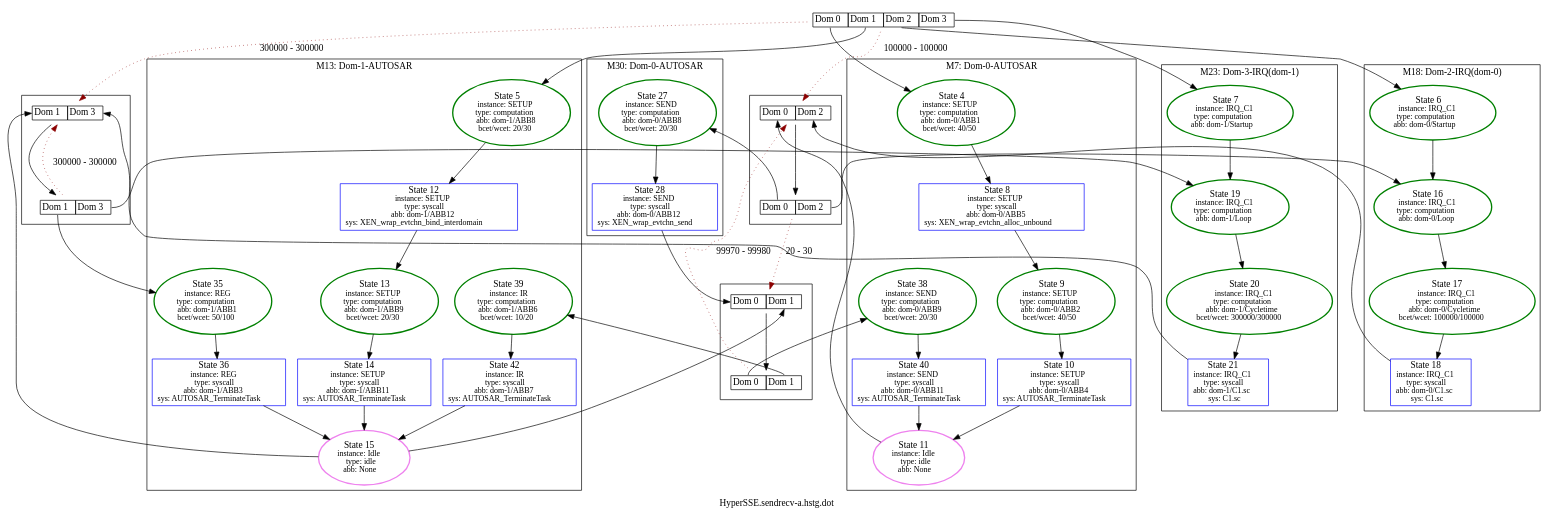
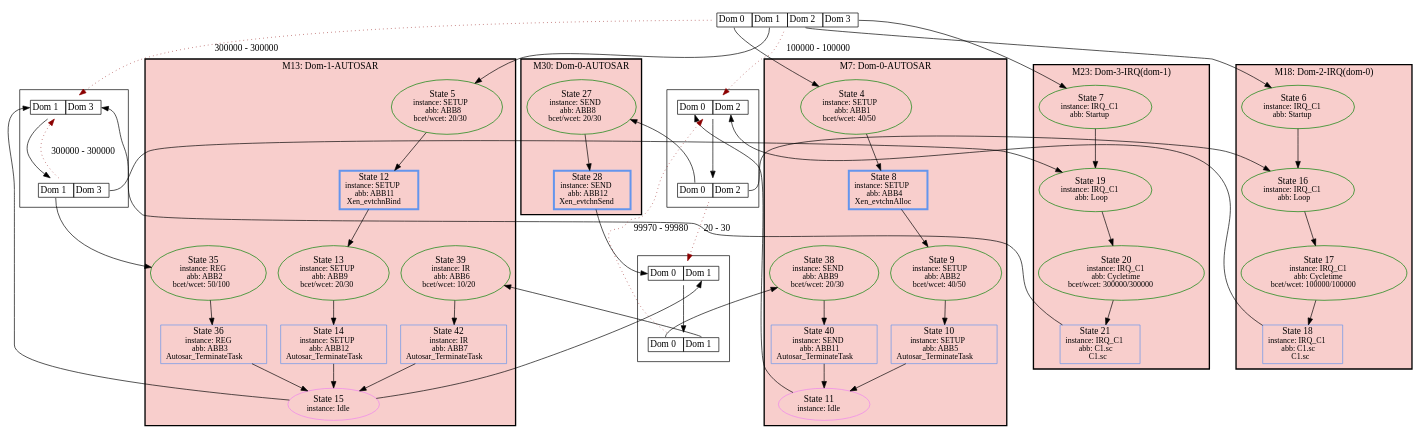
One commit to luhsra/ara changed the diagram in appl/Xen/sendrecv-a/HyperSSE.sendrecv-a.hstg.dot. Above: the diagram before and after it, drawn with Graphviz. The commit also changed 69 other files, not shown here.

Commit message:
Testsuite: migrate comparison graphs to new pydot version + different printer syntax (bold rect for hypercalls)

```diff
--- a/appl/Xen/sendrecv-a/HyperSSE.sendrecv-a.hstg.dot
+++ b/appl/Xen/sendrecv-a/HyperSSE.sendrecv-a.hstg.dot
@@ -1,113 +1,115 @@
 digraph G {
-label="HyperSSE.sendrecv-a.hstg.dot";
+label="";
 1 [label=<<TABLE BORDER="0" CELLBORDER="1" CELLSPACING="0"><TR><TD PORT="c0">Dom 0</TD><TD PORT="c1">Dom 1</TD><TD PORT="c2">Dom 2</TD><TD PORT="c3">Dom 3</TD></TR></TABLE>>, shape=plaintext, tooltip=1];
 subgraph cluster_7 {
 label="M7: Dom-0-AUTOSAR";
-2 [color=green, fontsize=14, label=<State 4<br/><font point-size='12'>instance: SETUP<br/>type: computation<br/>abb: dom-0/ABB1<br/>bcet/wcet: 40/50</font>>, style=bold, tooltip=2];
-3 [color=blue, fontsize=14, label=<State 8<br/><font point-size='12'>instance: SETUP<br/>type: syscall<br/>abb: dom-0/ABB5<br/>sys: XEN_wrap_evtchn_alloc_unbound</font>>, shape=box, tooltip=3];
-4 [color=green, fontsize=14, label=<State 9<br/><font point-size='12'>instance: SETUP<br/>type: computation<br/>abb: dom-0/ABB2<br/>bcet/wcet: 40/50</font>>, style=bold, tooltip=4];
-5 [color=blue, fontsize=14, label=<State 10<br/><font point-size='12'>instance: SETUP<br/>type: syscall<br/>abb: dom-0/ABB4<br/>sys: AUTOSAR_TerminateTask</font>>, shape=box, tooltip=5];
-6 [color=violet, fontsize=14, label=<State 11<br/><font point-size='12'>instance: Idle<br/>type: idle<br/>abb: None</font>>, style=bold, tooltip=6];
-35 [color=green, fontsize=14, label=<State 38<br/><font point-size='12'>instance: SEND<br/>type: computation<br/>abb: dom-0/ABB9<br/>bcet/wcet: 20/30</font>>, style=bold, tooltip=35];
-36 [color=blue, fontsize=14, label=<State 40<br/><font point-size='12'>instance: SEND<br/>type: syscall<br/>abb: dom-0/ABB11<br/>sys: AUTOSAR_TerminateTask</font>>, shape=box, tooltip=36];
+bgcolor="#F8CECC";
+style=bold;
+2 [fontsize=14, label=<State 4<br/><font point-size='12'>instance: SETUP<br/>abb: ABB1<br/>bcet/wcet: 40/50</font>>, tooltip=2, style=solid, color=green];
+3 [fontsize=14, label=<State 8<br/><font point-size='12'>instance: SETUP<br/>abb: ABB4<br/>Xen_evtchnAlloc</font>>, tooltip=3, color=cornflowerblue, shape=box, penwidth=3];
+4 [fontsize=14, label=<State 9<br/><font point-size='12'>instance: SETUP<br/>abb: ABB2<br/>bcet/wcet: 40/50</font>>, tooltip=4, style=solid, color=green];
+5 [fontsize=14, label=<State 10<br/><font point-size='12'>instance: SETUP<br/>abb: ABB5<br/>Autosar_TerminateTask</font>>, tooltip=5, color=cornflowerblue, shape=box];
+6 [fontsize=14, label=<State 11<br/><font point-size='12'>instance: Idle</font>>, tooltip=6, style=solid, color=violet];
+35 [fontsize=14, label=<State 38<br/><font point-size='12'>instance: SEND<br/>abb: ABB9<br/>bcet/wcet: 20/30</font>>, tooltip=35, style=solid, color=green];
+36 [fontsize=14, label=<State 40<br/><font point-size='12'>instance: SEND<br/>abb: ABB11<br/>Autosar_TerminateTask</font>>, tooltip=36, color=cornflowerblue, shape=box];
 }
-
 subgraph cluster_13 {
 label="M13: Dom-1-AUTOSAR";
-8 [color=green, fontsize=14, label=<State 5<br/><font point-size='12'>instance: SETUP<br/>type: computation<br/>abb: dom-1/ABB8<br/>bcet/wcet: 20/30</font>>, style=bold, tooltip=8];
-9 [color=blue, fontsize=14, label=<State 12<br/><font point-size='12'>instance: SETUP<br/>type: syscall<br/>abb: dom-1/ABB12<br/>sys: XEN_wrap_evtchn_bind_interdomain</font>>, shape=box, tooltip=9];
-10 [color=green, fontsize=14, label=<State 13<br/><font point-size='12'>instance: SETUP<br/>type: computation<br/>abb: dom-1/ABB9<br/>bcet/wcet: 20/30</font>>, style=bold, tooltip=10];
-11 [color=blue, fontsize=14, label=<State 14<br/><font point-size='12'>instance: SETUP<br/>type: syscall<br/>abb: dom-1/ABB11<br/>sys: AUTOSAR_TerminateTask</font>>, shape=box, tooltip=11];
-12 [color=violet, fontsize=14, label=<State 15<br/><font point-size='12'>instance: Idle<br/>type: idle<br/>abb: None</font>>, style=bold, tooltip=12];
-33 [color=green, fontsize=14, label=<State 35<br/><font point-size='12'>instance: REG<br/>type: computation<br/>abb: dom-1/ABB1<br/>bcet/wcet: 50/100</font>>, style=bold, tooltip=33];
-34 [color=blue, fontsize=14, label=<State 36<br/><font point-size='12'>instance: REG<br/>type: syscall<br/>abb: dom-1/ABB3<br/>sys: AUTOSAR_TerminateTask</font>>, shape=box, tooltip=34];
-37 [color=green, fontsize=14, label=<State 39<br/><font point-size='12'>instance: IR<br/>type: computation<br/>abb: dom-1/ABB6<br/>bcet/wcet: 10/20</font>>, style=bold, tooltip=37];
-38 [color=blue, fontsize=14, label=<State 42<br/><font point-size='12'>instance: IR<br/>type: syscall<br/>abb: dom-1/ABB7<br/>sys: AUTOSAR_TerminateTask</font>>, shape=box, tooltip=38];
+bgcolor="#F8CECC";
+style=bold;
+8 [fontsize=14, label=<State 5<br/><font point-size='12'>instance: SETUP<br/>abb: ABB8<br/>bcet/wcet: 20/30</font>>, tooltip=8, style=solid, color=green];
+9 [fontsize=14, label=<State 12<br/><font point-size='12'>instance: SETUP<br/>abb: ABB11<br/>Xen_evtchnBind</font>>, tooltip=9, color=cornflowerblue, shape=box, penwidth=3];
+10 [fontsize=14, label=<State 13<br/><font point-size='12'>instance: SETUP<br/>abb: ABB9<br/>bcet/wcet: 20/30</font>>, tooltip=10, style=solid, color=green];
+11 [fontsize=14, label=<State 14<br/><font point-size='12'>instance: SETUP<br/>abb: ABB12<br/>Autosar_TerminateTask</font>>, tooltip=11, color=cornflowerblue, shape=box];
+12 [fontsize=14, label=<State 15<br/><font point-size='12'>instance: Idle</font>>, tooltip=12, style=solid, color=violet];
+33 [fontsize=14, label=<State 35<br/><font point-size='12'>instance: REG<br/>abb: ABB2<br/>bcet/wcet: 50/100</font>>, tooltip=33, style=solid, color=green];
+34 [fontsize=14, label=<State 36<br/><font point-size='12'>instance: REG<br/>abb: ABB3<br/>Autosar_TerminateTask</font>>, tooltip=34, color=cornflowerblue, shape=box];
+37 [fontsize=14, label=<State 39<br/><font point-size='12'>instance: IR<br/>abb: ABB6<br/>bcet/wcet: 10/20</font>>, tooltip=37, style=solid, color=green];
+38 [fontsize=14, label=<State 42<br/><font point-size='12'>instance: IR<br/>abb: ABB7<br/>Autosar_TerminateTask</font>>, tooltip=38, color=cornflowerblue, shape=box];
 }
-
 subgraph cluster_18 {
 label="M18: Dom-2-IRQ(dom-0)";
-16 [color=green, fontsize=14, label=<State 17<br/><font point-size='12'>instance: IRQ_C1<br/>type: computation<br/>abb: dom-0/Cycletime<br/>bcet/wcet: 100000/100000</font>>, style=bold, tooltip=16];
-17 [color=blue, fontsize=14, label=<State 18<br/><font point-size='12'>instance: IRQ_C1<br/>type: syscall<br/>abb: dom-0/C1.sc<br/>sys: C1.sc</font>>, shape=box, tooltip=17];
-14 [color=green, fontsize=14, label=<State 6<br/><font point-size='12'>instance: IRQ_C1<br/>type: computation<br/>abb: dom-0/Startup</font>>, style=bold, tooltip=14];
-15 [color=green, fontsize=14, label=<State 16<br/><font point-size='12'>instance: IRQ_C1<br/>type: computation<br/>abb: dom-0/Loop</font>>, style=bold, tooltip=15];
+bgcolor="#F8CECC";
+style=bold;
+16 [fontsize=14, label=<State 17<br/><font point-size='12'>instance: IRQ_C1<br/>abb: Cycletime<br/>bcet/wcet: 100000/100000</font>>, tooltip=16, style=solid, color=green];
+17 [fontsize=14, label=<State 18<br/><font point-size='12'>instance: IRQ_C1<br/>abb: C1.sc<br/>C1.sc</font>>, tooltip=17, color=cornflowerblue, shape=box];
+14 [fontsize=14, label=<State 6<br/><font point-size='12'>instance: IRQ_C1<br/>abb: Startup</font>>, tooltip=14, style=solid, color=green];
+15 [fontsize=14, label=<State 16<br/><font point-size='12'>instance: IRQ_C1<br/>abb: Loop</font>>, tooltip=15, style=solid, color=green];
 }
-
 subgraph cluster_23 {
 label="M23: Dom-3-IRQ(dom-1)";
-19 [color=green, fontsize=14, label=<State 7<br/><font point-size='12'>instance: IRQ_C1<br/>type: computation<br/>abb: dom-1/Startup</font>>, style=bold, tooltip=19];
-20 [color=green, fontsize=14, label=<State 19<br/><font point-size='12'>instance: IRQ_C1<br/>type: computation<br/>abb: dom-1/Loop</font>>, style=bold, tooltip=20];
-21 [color=green, fontsize=14, label=<State 20<br/><font point-size='12'>instance: IRQ_C1<br/>type: computation<br/>abb: dom-1/Cycletime<br/>bcet/wcet: 300000/300000</font>>, style=bold, tooltip=21];
-22 [color=blue, fontsize=14, label=<State 21<br/><font point-size='12'>instance: IRQ_C1<br/>type: syscall<br/>abb: dom-1/C1.sc<br/>sys: C1.sc</font>>, shape=box, tooltip=22];
+bgcolor="#F8CECC";
+style=bold;
+19 [fontsize=14, label=<State 7<br/><font point-size='12'>instance: IRQ_C1<br/>abb: Startup</font>>, tooltip=19, style=solid, color=green];
+20 [fontsize=14, label=<State 19<br/><font point-size='12'>instance: IRQ_C1<br/>abb: Loop</font>>, tooltip=20, style=solid, color=green];
+21 [fontsize=14, label=<State 20<br/><font point-size='12'>instance: IRQ_C1<br/>abb: Cycletime<br/>bcet/wcet: 300000/300000</font>>, tooltip=21, style=solid, color=green];
+22 [fontsize=14, label=<State 21<br/><font point-size='12'>instance: IRQ_C1<br/>abb: C1.sc<br/>C1.sc</font>>, tooltip=22, color=cornflowerblue, shape=box];
 }
-
 subgraph cluster_30 {
 label="M30: Dom-0-AUTOSAR";
-28 [color=green, fontsize=14, label=<State 27<br/><font point-size='12'>instance: SEND<br/>type: computation<br/>abb: dom-0/ABB8<br/>bcet/wcet: 20/30</font>>, style=bold, tooltip=28];
-29 [color=blue, fontsize=14, label=<State 28<br/><font point-size='12'>instance: SEND<br/>type: syscall<br/>abb: dom-0/ABB12<br/>sys: XEN_wrap_evtchn_send</font>>, shape=box, tooltip=29];
+bgcolor="#F8CECC";
+style=bold;
+28 [fontsize=14, label=<State 27<br/><font point-size='12'>instance: SEND<br/>abb: ABB8<br/>bcet/wcet: 20/30</font>>, tooltip=28, style=solid, color=green];
+29 [fontsize=14, label=<State 28<br/><font point-size='12'>instance: SEND<br/>abb: ABB12<br/>Xen_evtchnSend</font>>, tooltip=29, color=cornflowerblue, shape=box, penwidth=3];
 }
-
 subgraph cluster_Metasync24 {
 label="";
 24 [label=<<TABLE BORDER="0" CELLBORDER="1" CELLSPACING="0"><TR><TD PORT="c0">Dom 0</TD><TD PORT="c2">Dom 2</TD></TR></TABLE>>, shape=plaintext, tooltip=24];
 25 [label=<<TABLE BORDER="0" CELLBORDER="1" CELLSPACING="0"><TR><TD PORT="c0">Dom 0</TD><TD PORT="c2">Dom 2</TD></TR></TABLE>>, shape=plaintext, tooltip=25];
 }
-
 subgraph cluster_Metasync26 {
 label="";
 26 [label=<<TABLE BORDER="0" CELLBORDER="1" CELLSPACING="0"><TR><TD PORT="c1">Dom 1</TD><TD PORT="c3">Dom 3</TD></TR></TABLE>>, shape=plaintext, tooltip=26];
 27 [label=<<TABLE BORDER="0" CELLBORDER="1" CELLSPACING="0"><TR><TD PORT="c1">Dom 1</TD><TD PORT="c3">Dom 3</TD></TR></TABLE>>, shape=plaintext, tooltip=27];
 }
-
 subgraph cluster_Metasync31 {
 label="";
 31 [label=<<TABLE BORDER="0" CELLBORDER="1" CELLSPACING="0"><TR><TD PORT="c0">Dom 0</TD><TD PORT="c1">Dom 1</TD></TR></TABLE>>, shape=plaintext, tooltip=31];
 32 [label=<<TABLE BORDER="0" CELLBORDER="1" CELLSPACING="0"><TR><TD PORT="c0">Dom 0</TD><TD PORT="c1">Dom 1</TD></TR></TABLE>>, shape=plaintext, tooltip=32];
 }
-
-1:c0 -> 2  [color=black];
-1:c1 -> 8  [color=black];
-1:c2 -> 14  [color=black];
-1:c3 -> 19  [color=black];
-1 -> 24  [color=darkred, label="100000 - 100000", style=dotted];
-1 -> 26  [color=darkred, label="300000 - 300000", style=dotted];
-2 -> 3  [color=black];
-3 -> 4  [color=black];
-4 -> 5  [color=black];
-5 -> 6  [color=black];
-6 -> 24:c0  [color=black];
-8 -> 9  [color=black];
-9 -> 10  [color=black];
-10 -> 11  [color=black];
-11 -> 12  [color=black];
-12 -> 26:c1  [color=black];
-12 -> 31:c1  [color=black];
-14 -> 15  [color=black];
-15 -> 16  [color=black];
-16 -> 17  [color=black];
-17 -> 24:c2  [color=black];
-19 -> 20  [color=black];
-20 -> 21  [color=black];
-21 -> 22  [color=black];
-22 -> 26:c3  [color=black];
-24 -> 25  [color=black];
-25:c2 -> 15  [color=black];
-25:c0 -> 28  [color=black];
-25 -> 31  [color=darkred, label="20 - 30", style=dotted];
-26 -> 27  [color=black];
-27:c3 -> 20  [color=black];
-27:c1 -> 33  [color=black];
-27 -> 26  [color=darkred, label="300000 - 300000", style=dotted];
-28 -> 29  [color=black];
-29 -> 31:c0  [color=black];
-31 -> 32  [color=black];
-32:c0 -> 35  [color=black];
-32:c1 -> 37  [color=black];
-32 -> 24  [color=darkred, label="99970 - 99980", style=dotted];
-33 -> 34  [color=black];
-34 -> 12  [color=black];
-35 -> 36  [color=black];
-36 -> 6  [color=black];
-37 -> 38  [color=black];
-38 -> 12  [color=black];
+1:c0 -> 2 [color=black];
+1:c1 -> 8 [color=black];
+1:c2 -> 14 [color=black];
+1:c3 -> 19 [color=black];
+1 -> 24 [color=darkred, style=dotted, label="100000 - 100000"];
+1 -> 26 [color=darkred, style=dotted, label="300000 - 300000"];
+2 -> 3 [color=black];
+3 -> 4 [color=black];
+4 -> 5 [color=black];
+5 -> 6 [color=black];
+6 -> 24:c0 [color=black];
+8 -> 9 [color=black];
+9 -> 10 [color=black];
+10 -> 11 [color=black];
+11 -> 12 [color=black];
+12 -> 26:c1 [color=black];
+12 -> 31:c1 [color=black];
+14 -> 15 [color=black];
+15 -> 16 [color=black];
+16 -> 17 [color=black];
+17 -> 24:c2 [color=black];
+19 -> 20 [color=black];
+20 -> 21 [color=black];
+21 -> 22 [color=black];
+22 -> 26:c3 [color=black];
+24 -> 25 [color=black];
+25:c2 -> 15 [color=black];
+25:c0 -> 28 [color=black];
+25 -> 31 [color=darkred, style=dotted, label="20 - 30"];
+26 -> 27 [color=black];
+27:c3 -> 20 [color=black];
+27:c1 -> 33 [color=black];
+27 -> 26 [color=darkred, style=dotted, label="300000 - 300000"];
+28 -> 29 [color=black];
+29 -> 31:c0 [color=black];
+31 -> 32 [color=black];
+32:c0 -> 35 [color=black];
+32:c1 -> 37 [color=black];
+32 -> 24 [color=darkred, style=dotted, label="99970 - 99980"];
+33 -> 34 [color=black];
+34 -> 12 [color=black];
+35 -> 36 [color=black];
+36 -> 6 [color=black];
+37 -> 38 [color=black];
+38 -> 12 [color=black];
 }
```
